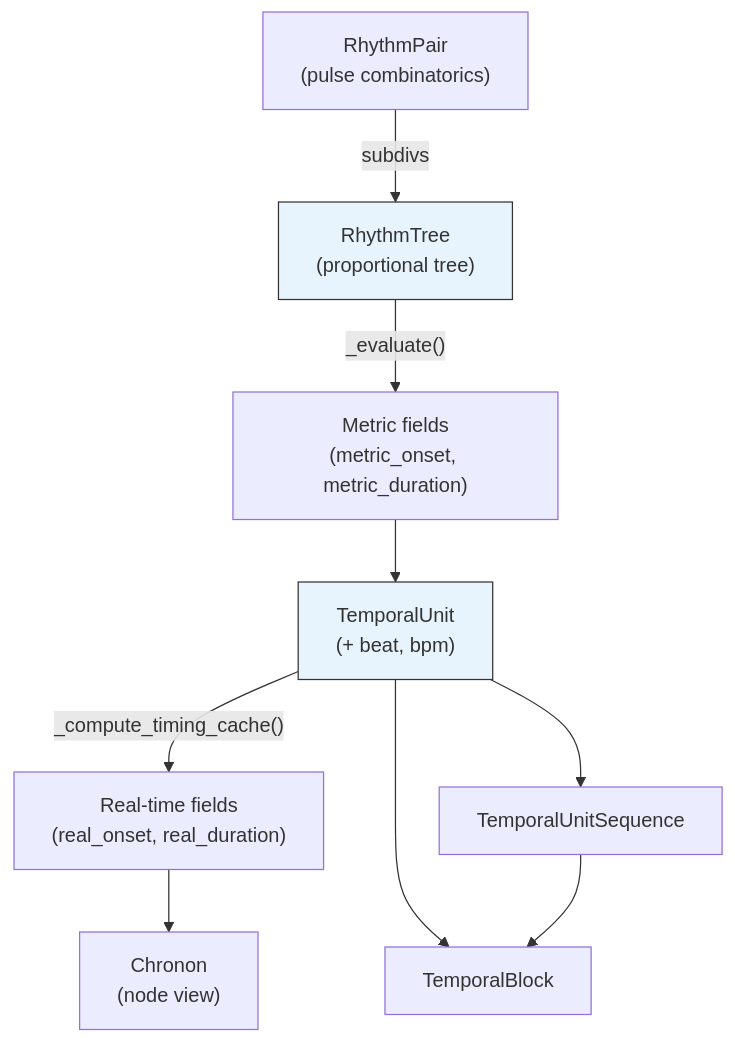
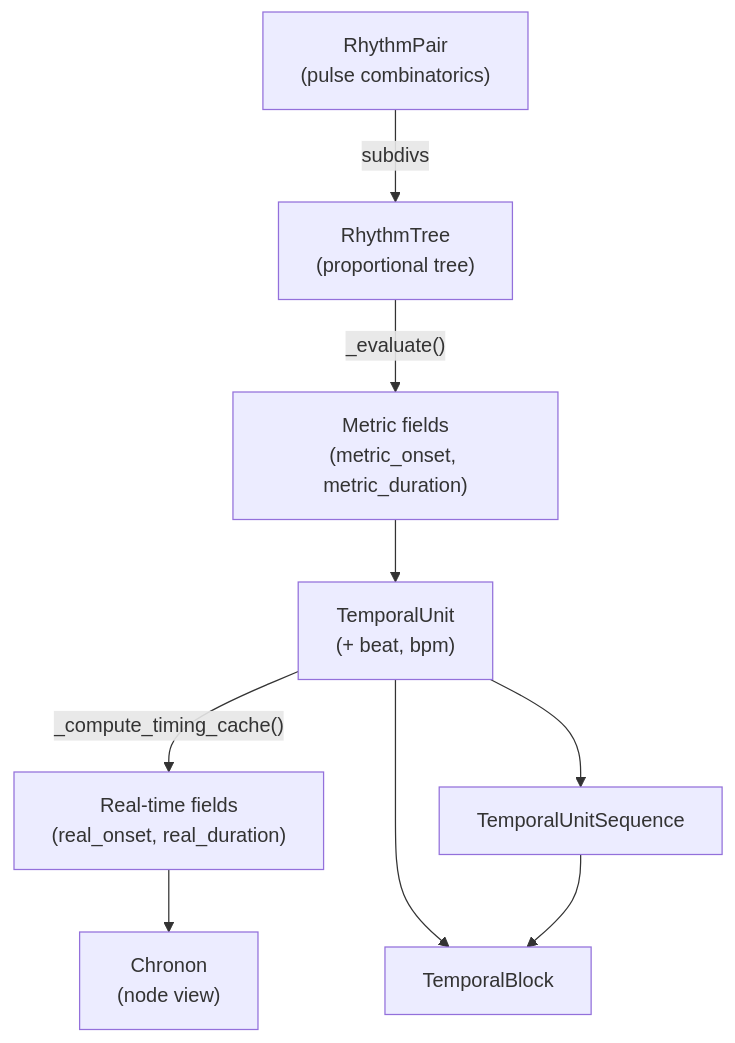
The seventh of 7 diagrams in docs/architecture/02_CHRONOS.md (kr4g/Klotho), drawn with Mermaid before and after one commit. The commit also changed other lines of this file and 13 other files, not shown here.

First line of the commit message:
Overhaul architecture docs for Klotho 10.x API

````diff
--- a/docs/architecture/02_CHRONOS.md
+++ b/docs/architecture/02_CHRONOS.md
@@ -389,16 +397,13 @@
 ```mermaid
 flowchart TD
     RP["RhythmPair<br/>(pulse combinatorics)"] -->|subdivs| RT
     RT["RhythmTree<br/>(proportional tree)"]
     RT -->|"_evaluate()"| MF["Metric fields<br/>(metric_onset, metric_duration)"]
     MF --> UT["TemporalUnit<br/>(+ beat, bpm)"]
     UT -->|"_compute_timing_cache()"| RF["Real-time fields<br/>(real_onset, real_duration)"]
     UT --> UTS["TemporalUnitSequence"]
     UT --> TB["TemporalBlock"]
     UTS --> TB
 
     RF --> Chronon["Chronon<br/>(node view)"]
-
-    style RT fill:#e8f4fd,stroke:#333
-    style UT fill:#e8f4fd,stroke:#333
 ```
````
